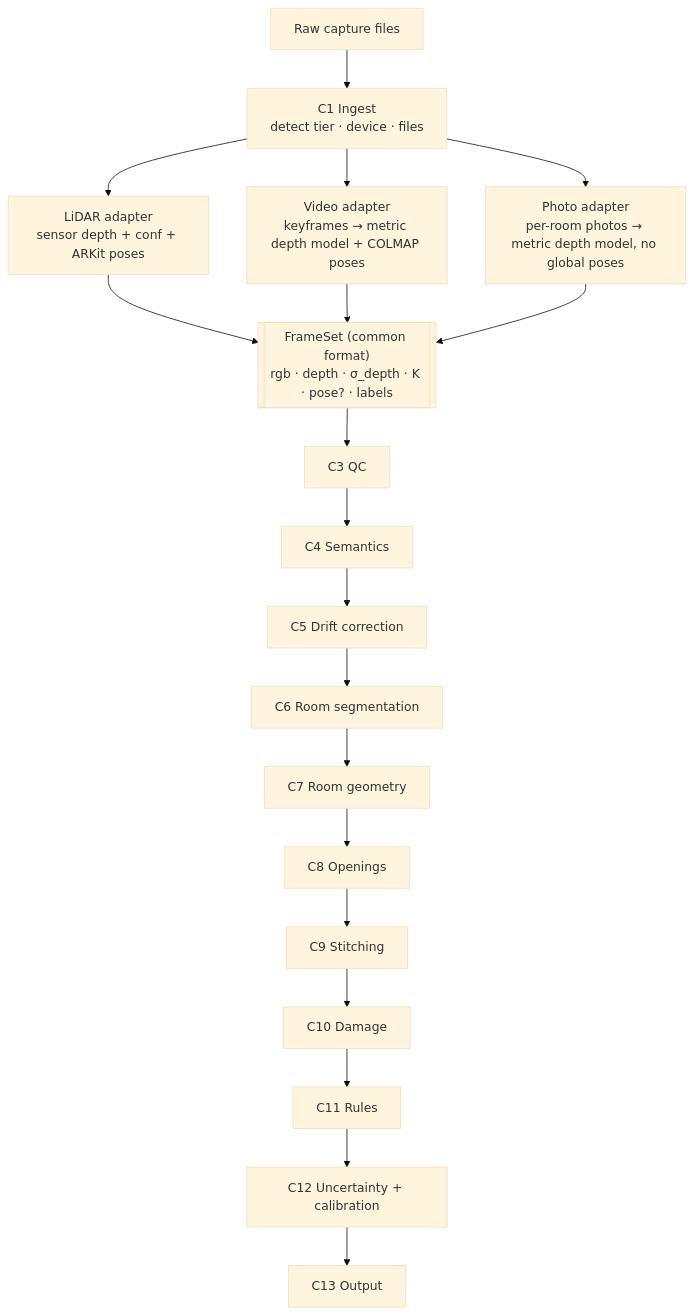
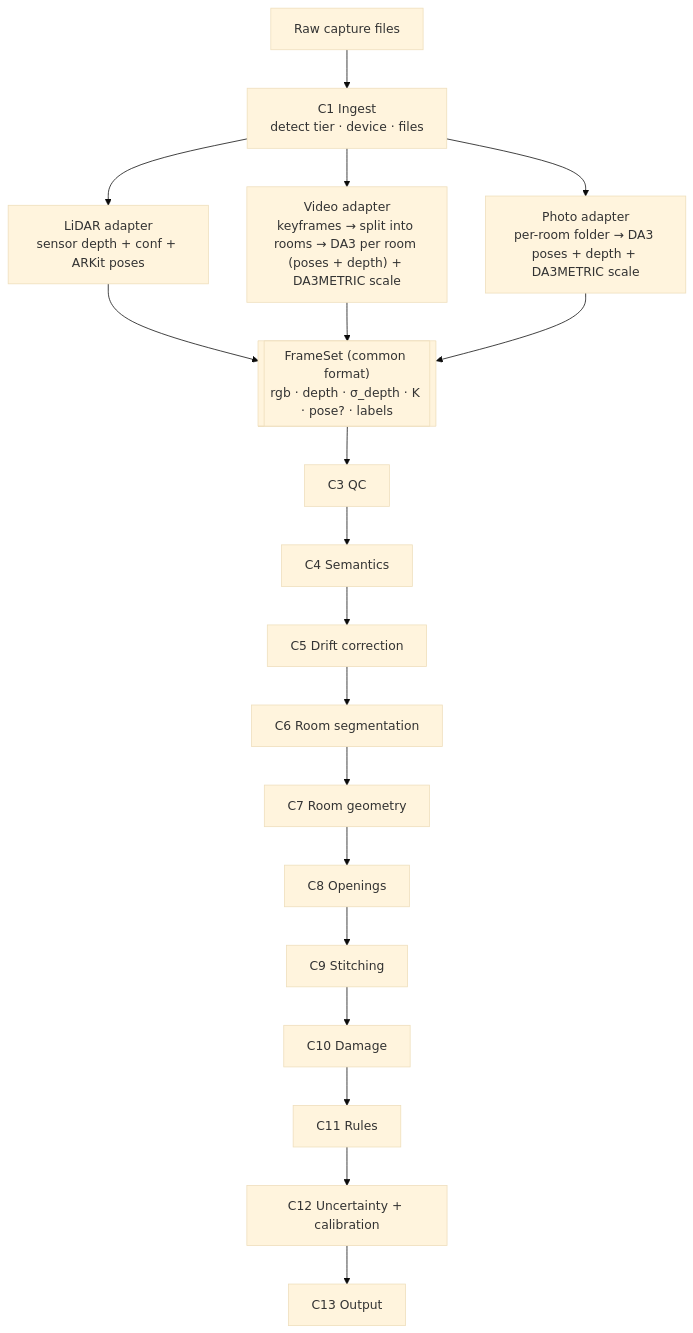
One commit to AkhilMekala007/Property_Scan_AI changed the second of 6 diagrams in docs/HLD.md. Above: the diagram before and after it, drawn with Mermaid (base theme). The commit also changed other lines of this file and 3 other files, not shown here.

````diff
--- a/docs/HLD.md
+++ b/docs/HLD.md
@@ -73,14 +89,14 @@
 ```mermaid
 flowchart TB
     RAW["Raw capture files"] --> C1["C1 Ingest<br/>detect tier · device · files"]
     C1 --> AL["LiDAR adapter<br/>sensor depth + conf + ARKit poses"]
-    C1 --> AV["Video adapter<br/>keyframes → metric depth model + COLMAP poses"]
-    C1 --> AP["Photo adapter<br/>per-room photos → metric depth model, no global poses"]
+    C1 --> AV["Video adapter<br/>keyframes → split into rooms → DA3 per room (poses + depth) + DA3METRIC scale"]
+    C1 --> AP["Photo adapter<br/>per-room folder → DA3 poses + depth + DA3METRIC scale"]
     AL --> FS[["FrameSet (common format)<br/>rgb · depth · σ_depth · K · pose? · labels"]]
     AV --> FS
     AP --> FS
     FS --> C3["C3 QC"] --> C4["C4 Semantics"] --> C5["C5 Drift correction"]
     C5 --> C6["C6 Room segmentation"] --> C7["C7 Room geometry"] --> C8["C8 Openings"]
     C8 --> C9["C9 Stitching"] --> C10["C10 Damage"] --> C11["C11 Rules"]
     C11 --> C12["C12 Uncertainty + calibration"] --> C13["C13 Output"]
 ```
````
